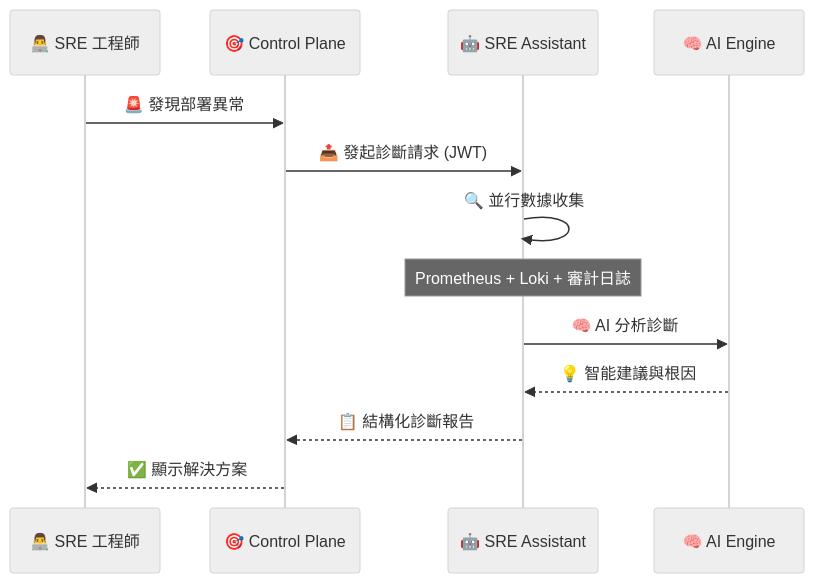
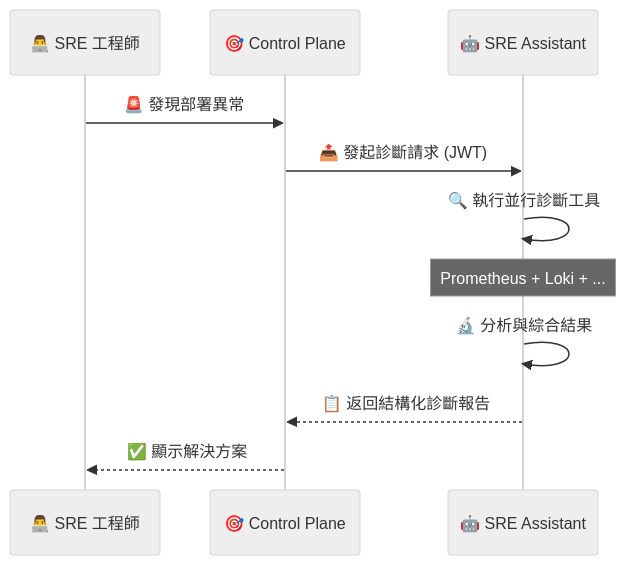
The third of 4 diagrams in README.md (detectviz/ai-ops), drawn with Mermaid (neutral theme) before and after one commit. The commit also changed other lines of this file and 7 other files, not shown here.

````diff
--- a/README.md
+++ b/README.md
@@ -315,16 +319,14 @@
 ```mermaid
 sequenceDiagram
     participant U as 👨‍💻 SRE 工程師
     participant CP as 🎯 Control Plane
     participant SA as 🤖 SRE Assistant
-    participant AI as 🧠 AI Engine
     
     U->>CP: 🚨 發現部署異常
     CP->>SA: 📤 發起診斷請求 (JWT)
-    SA->>SA: 🔍 並行數據收集
-    Note over SA: Prometheus + Loki + 審計日誌
-    SA->>AI: 🧠 AI 分析診斷
-    AI-->>SA: 💡 智能建議與根因
-    SA-->>CP: 📋 結構化診斷報告
+    SA->>SA: 🔍 執行並行診斷工具
+    Note over SA: Prometheus + Loki + ...
+    SA->>SA: 🔬 分析與綜合結果
+    SA-->>CP: 📋 返回結構化診斷報告
     CP-->>U: ✅ 顯示解決方案
 ```
````
